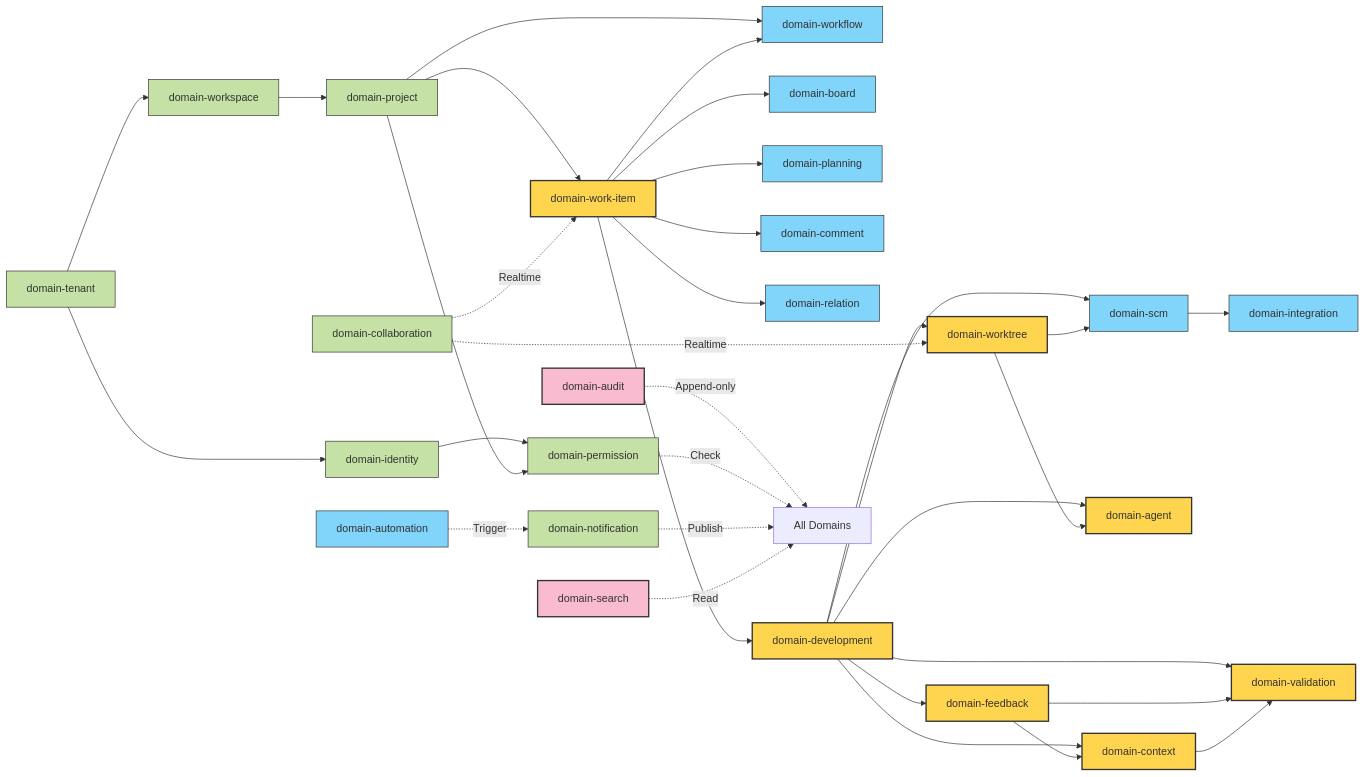
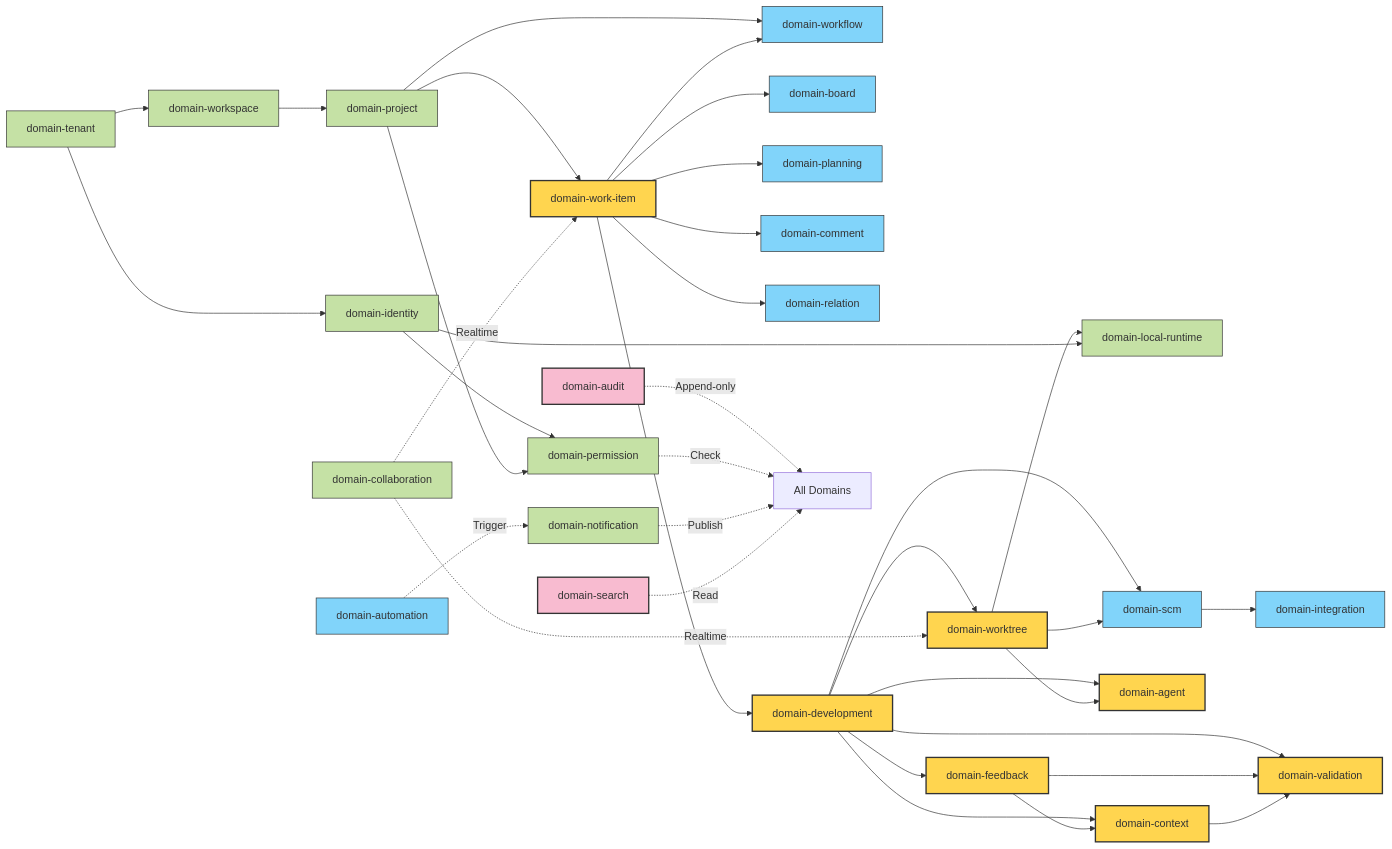
Diagram 11 of 11 in docs/basic-design.md (UlyssesLeoLee/Star), drawn with Mermaid before and after one commit. The commit also changed other lines of this file, not shown here.

````diff
--- a/docs/basic-design.md
+++ b/docs/basic-design.md
@@ -3380,69 +3398,72 @@
 ```mermaid
 flowchart LR
     classDef coreDomain fill:#ffd54f,stroke:#333,stroke-width:2px
     classDef supportingDomain fill:#81d4fa,stroke:#333,stroke-width:1px
     classDef genericDomain fill:#c5e1a5,stroke:#333,stroke-width:1px
     classDef crosscut fill:#f8bbd0,stroke:#333,stroke-width:2px
 
     DT[domain-tenant]:::genericDomain
     DWS[domain-workspace]:::genericDomain
     DPJ[domain-project]:::genericDomain
     DID[domain-identity]:::genericDomain
     DPE[domain-permission]:::genericDomain
     DNT[domain-notification]:::genericDomain
     DCB[domain-collaboration]:::genericDomain
+    DLR[domain-local-runtime]:::genericDomain
 
     DWI[domain-work-item]:::coreDomain
     DWF[domain-workflow]:::supportingDomain
     DBO[domain-board]:::supportingDomain
     DPL[domain-planning]:::supportingDomain
     DCO[domain-comment]:::supportingDomain
     DRL[domain-relation]:::supportingDomain
     DAU[domain-automation]:::supportingDomain
 
     DDX[domain-development]:::coreDomain
     DSC[domain-scm]:::supportingDomain
     DWT[domain-worktree]:::coreDomain
     DAG[domain-agent]:::coreDomain
     DFB[domain-feedback]:::coreDomain
     DCT[domain-context]:::coreDomain
     DVL[domain-validation]:::coreDomain
     DIN[domain-integration]:::supportingDomain
 
     DAT[domain-audit]:::crosscut
     DSR[domain-search]:::crosscut
 
     DT --> DWS
     DWS --> DPJ
     DT --> DID
     DID --> DPE
     DPJ --> DPE
     DPJ --> DWI
     DPJ --> DWF
     DWI --> DWF
     DWI --> DBO
     DWI --> DPL
     DWI --> DRL
     DWI --> DCO
     DWI --> DDX
     DDX --> DWT
     DDX --> DAG
     DDX --> DFB
     DDX --> DCT
     DDX --> DVL
     DDX --> DSC
     DWT --> DSC
     DWT --> DAG
+    DWT --> DLR
     DFB --> DCT
     DFB --> DVL
     DCT --> DVL
     DSC --> DIN
 
     DAT -.Append-only.-> ALL[All Domains]
     DPE -.Check.-> ALL
     DNT -.Publish.-> ALL
     DSR -.Read.-> ALL
     DCB -.Realtime.-> DWI
     DCB -.Realtime.-> DWT
     DAU -.Trigger.-> DNT
+    DID --> DLR
 ```
````
